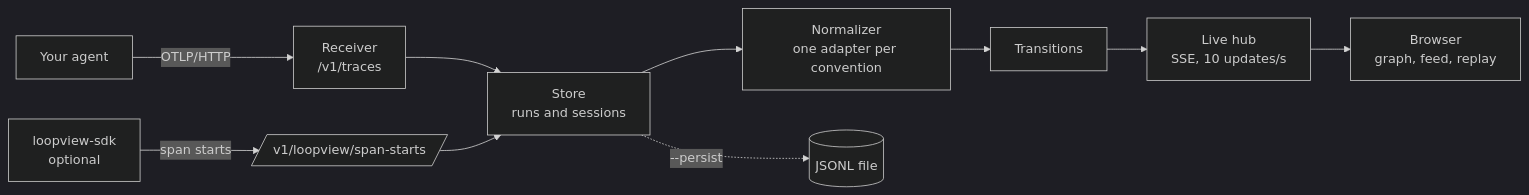
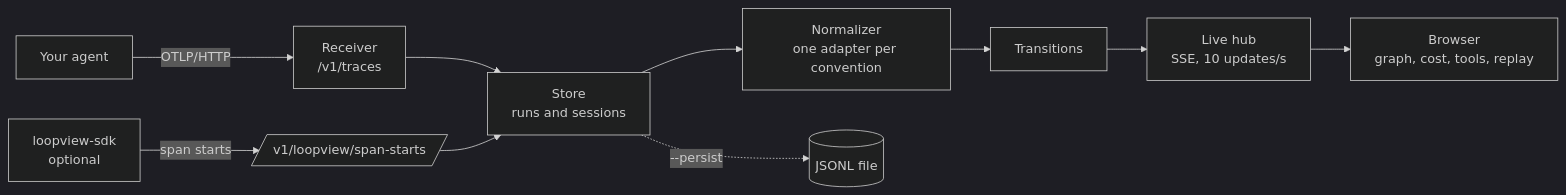
The diagram in README.md (YasmineZerai/loopview), drawn with Mermaid (dark theme) before and after one commit. The commit also changed other lines of this file and 19 other files, not shown here.

First line of the commit message:
Move activity into the graph and make Graph, Cost and Tools the main tabs

````diff
--- a/README.md
+++ b/README.md
@@ -212,12 +212,12 @@
 ```mermaid
 flowchart LR
     A[Your agent] -- OTLP/HTTP --> R[Receiver<br/>/v1/traces]
     S[loopview-sdk<br/>optional] -- span starts --> R2[/v1/loopview/span-starts/]
     R --> ST[Store<br/>runs and sessions]
     R2 --> ST
     ST --> N[Normalizer<br/>one adapter per convention]
     N --> T[Transitions]
     T --> H[Live hub<br/>SSE, 10 updates/s]
-    H --> UI[Browser<br/>graph, feed, replay]
+    H --> UI[Browser<br/>graph, cost, tools, replay]
     ST -. --persist .-> F[(JSONL file)]
 ```
````
